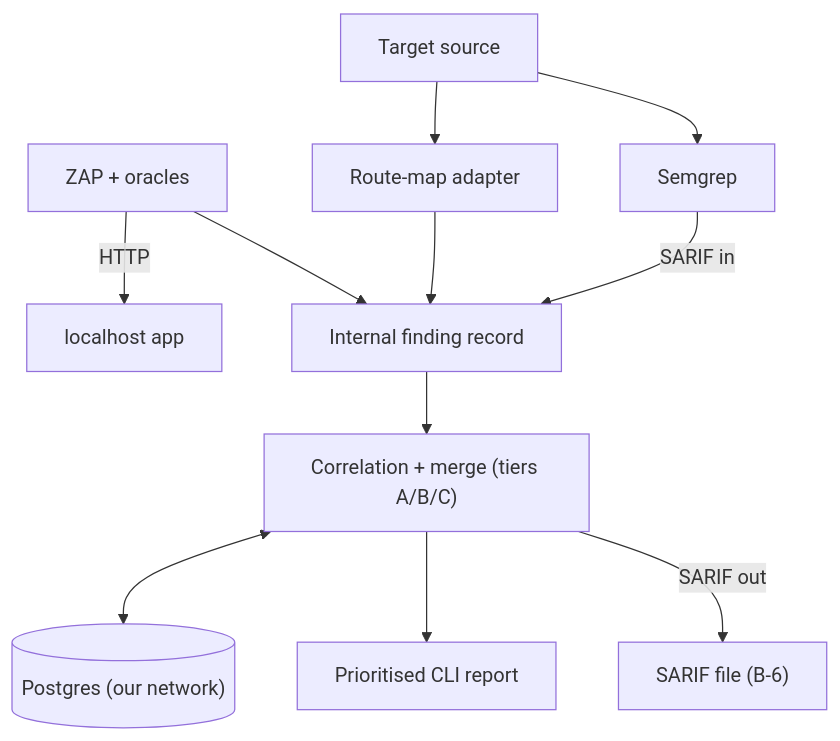
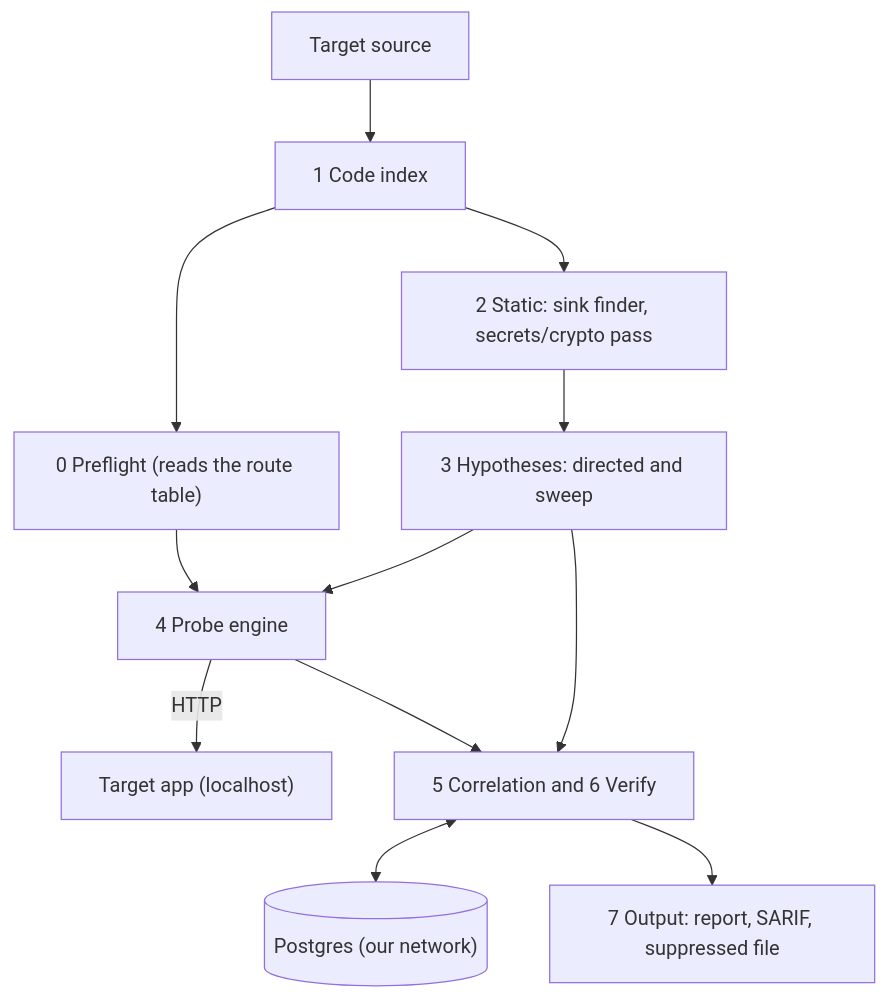
The diagram in README.md (ROHITH-KUMAR-L/elenchus), drawn with Mermaid before and after one commit. The commit also changed other lines of this file, not shown here.

First line of the commit message:
docs: rewrite README for the static-guided dynamic testing design

````diff
--- a/README.md
+++ b/README.md
@@ -83,13 +55,14 @@
 ```mermaid
 flowchart TD
-    src[Target source] --> semgrep[Semgrep]
-    src --> rmap[Route-map adapter]
-    zap[ZAP + oracles] -- HTTP --> app[localhost app]
-    semgrep -- SARIF in --> rec[Internal finding record]
-    rmap --> rec
-    zap --> rec
-    rec --> corr["Correlation + merge (tiers A/B/C)"]
+    src[Target source] --> idx["1 Code index"]
+    idx --> pre["0 Preflight (reads the route table)"]
+    idx --> sta["2 Static: sink finder, secrets/crypto pass"]
+    sta --> hyp["3 Hypotheses: directed and sweep"]
+    pre --> probe["4 Probe engine"]
+    hyp --> probe
+    probe -- HTTP --> app["Target app (localhost)"]
+    probe --> corr["5 Correlation and 6 Verify"]
+    hyp --> corr
     corr <--> pg[("Postgres (our network)")]
-    corr --> report[Prioritised CLI report]
-    corr -- SARIF out --> sarif["SARIF file (B-6)"]
+    corr --> out["7 Output: report, SARIF, suppressed file"]
 ```
````
